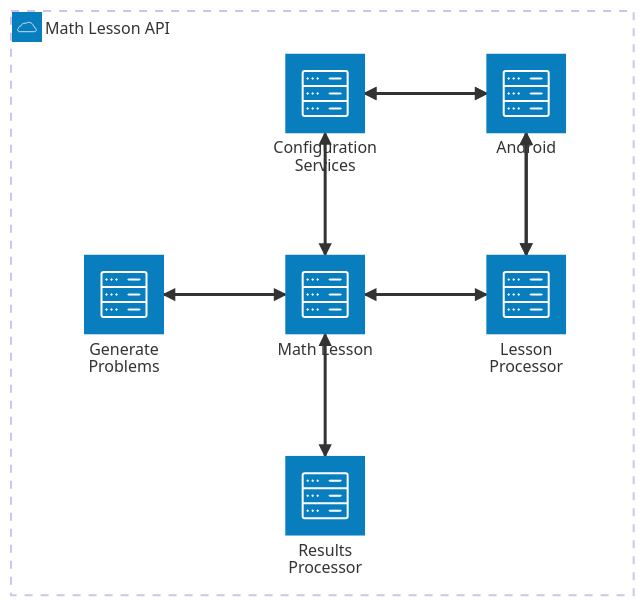
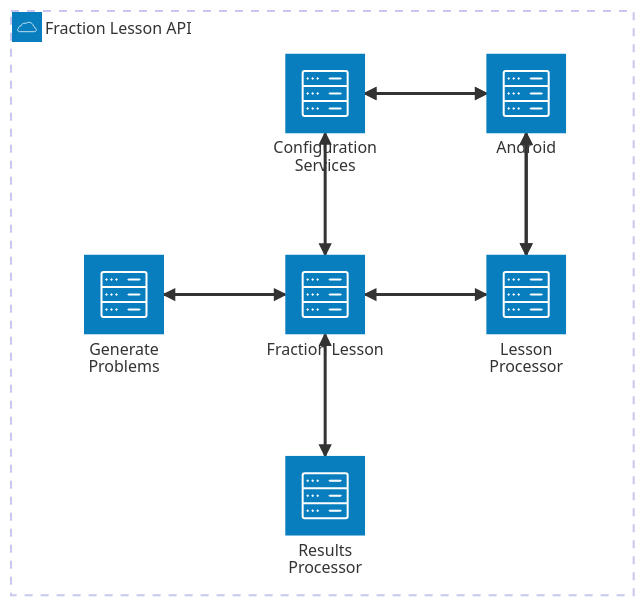
One commit to frankaburns/fractionLesson changed the diagram in README.md. Above: the diagram before and after it, drawn with Mermaid. The commit also changed other lines of this file and 1 other file, not shown here.

````diff
--- a/README.md
+++ b/README.md
@@ -131,25 +132,25 @@
 ```mermaid
 
 ---
 title: Lesson Architecture
 ---
 
 architecture-beta
-    group api(cloud)[Math Lesson API]
+    group api(cloud)[Fraction Lesson API]
 
     service droid(server)[Android] in api
-    service sm(server)[Math Lesson] in api
+    service sm(server)[Fraction Lesson] in api
     service config(server)[Configuration Services] in api
     service build(server)[Generate Problems] in api
     service run(server)[Lesson Processor] in api
     service res(server)[Results Processor] in api
     
     sm:T <--> B:config
     config:R <--> L:droid
     droid:L <--> R:config
     sm:L <--> R:build
     sm:R <--> L:run
     run:T <--> B:droid
     droid:B <--> T:run
     sm:B <--> T:res
 ```
````
